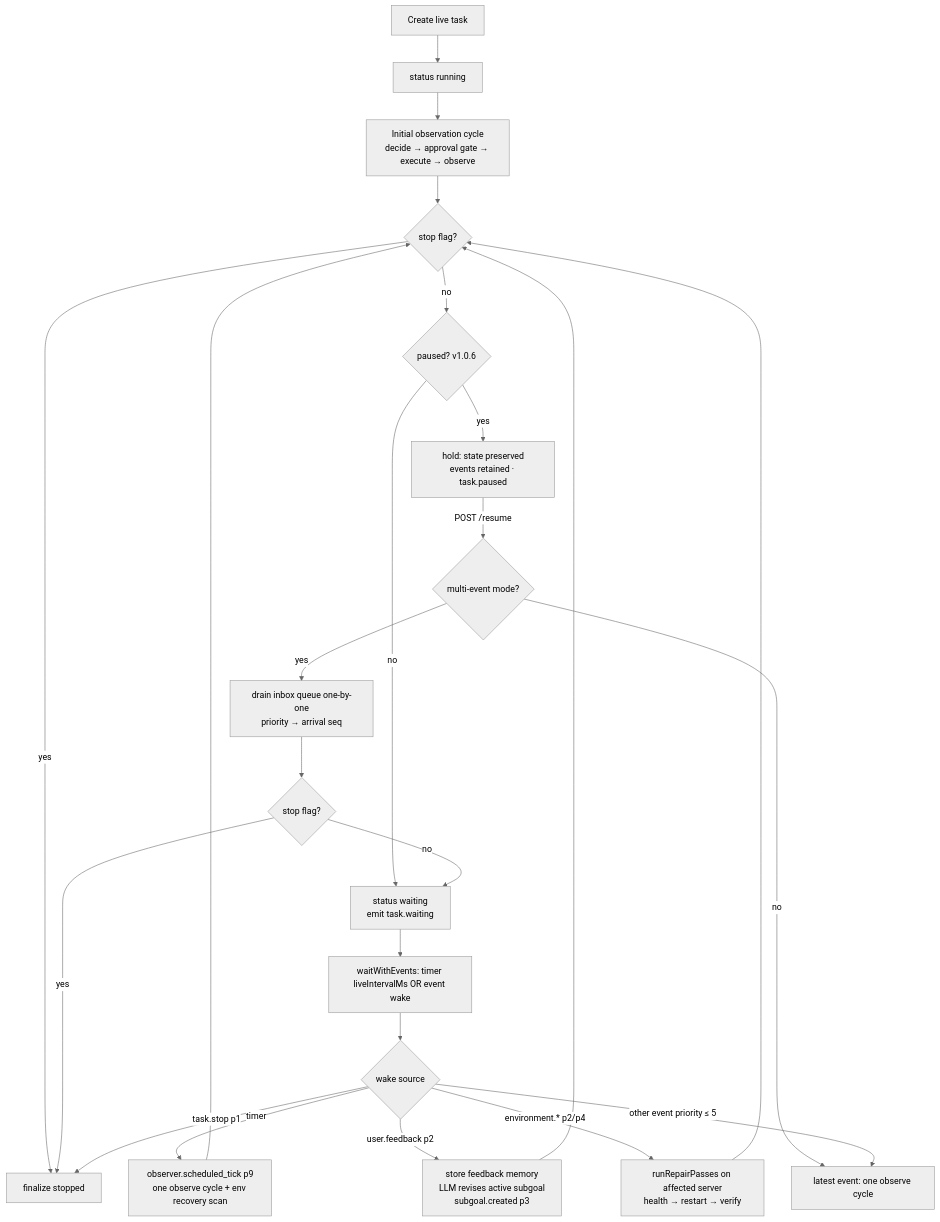
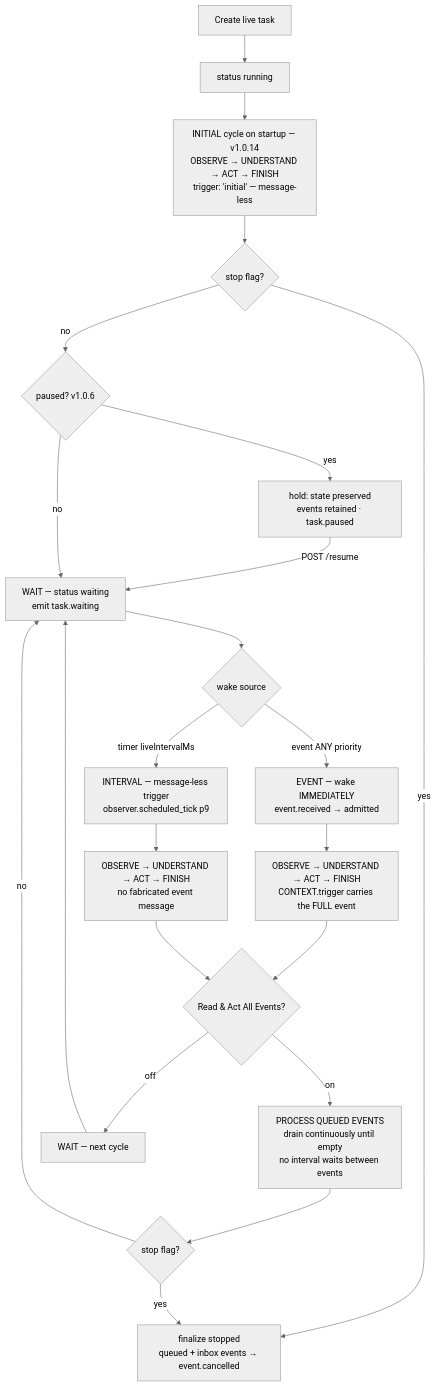
Before and after one commit to muhammed-radin/nextool: the diagram in docs/live-mode.md, drawn with Mermaid (neutral theme). The commit also changed other lines of this file and 52 other files, not shown here.

````diff
--- a/docs/live-mode.md
+++ b/docs/live-mode.md
@@ -22,26 +29,24 @@
 ```mermaid
 flowchart TD
     A[Create live task] --> B[status running]
-    B --> C[Initial observation cycle<br/>decide → approval gate → execute → observe]
+    B --> C[INITIAL cycle on startup — v1.0.14<br/>OBSERVE → UNDERSTAND → ACT → FINISH<br/>trigger: 'initial' — message-less]
     C --> D{stop flag?}
-    D -- yes --> Z[finalize stopped]
+    D -- yes --> Z[finalize stopped<br/>queued + inbox events → event.cancelled]
     D -- no --> P{paused? v1.0.6}
     P -- yes --> PH[hold: state preserved<br/>events retained · task.paused]
-    PH -- POST /resume --> P2{multi-event mode?}
-    P -- no --> E[status waiting<br/>emit task.waiting]
-    E --> F[waitWithEvents: timer liveIntervalMs OR event wake]
-    P2 -- yes --> Q[drain inbox queue one-by-one<br/>priority → arrival seq]
-    P2 -- no --> K[latest event: one observe cycle]
-    Q --> D2{stop flag?}
-    D2 -- yes --> Z
-    D2 -- no --> E
-    F --> G{wake source}
-    G -- timer --> H[observer.scheduled_tick p9<br/>one observe cycle + env recovery scan]
-    G -- user.feedback p2 --> I[store feedback memory<br/>LLM revises active subgoal<br/>subgoal.created p3]
-    G -- environment.* p2/p4 --> J[runRepairPasses on affected server<br/>health → restart → verify]
-    G -- task.stop p1 --> Z
-    G -- other event priority ≤ 5 --> K
-    H --> D
-    I --> D
-    J --> D
+    PH -- POST /resume --> E
+    P -- no --> E[WAIT — status waiting<br/>emit task.waiting]
+    E --> F{wake source}
+    F -- event ANY priority --> G[EVENT — wake IMMEDIATELY<br/>event.received → admitted]
+    F -- timer liveIntervalMs --> H[INTERVAL — message-less trigger<br/>observer.scheduled_tick p9]
+    G --> I[OBSERVE → UNDERSTAND → ACT → FINISH<br/>CONTEXT.trigger carries the FULL event]
+    H --> I2[OBSERVE → UNDERSTAND → ACT → FINISH<br/>no fabricated event message]
+    I --> Q{Read & Act All Events?}
+    I2 --> Q
+    Q -- on --> R[PROCESS QUEUED EVENTS<br/>drain continuously until empty<br/>no interval waits between events]
+    Q -- off --> E2[WAIT — next cycle]
+    R --> D3{stop flag?}
+    D3 -- yes --> Z
+    D3 -- no --> E
+    E2 --> E
 ```
````
